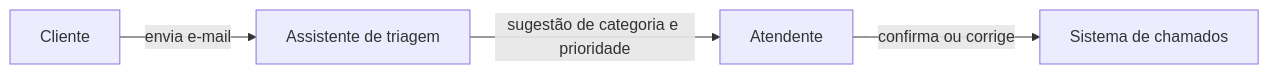
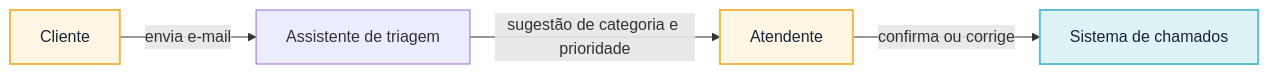
One commit to aulas-marco/arquitetura-solucoes-ia-generativa changed the first of 5 diagrams in docs/modulo-2-desenho-conceitual/conceitos.md. Above: the diagram before and after it, drawn with Mermaid. The commit also changed other lines of this file and 3 other files, not shown here.

First line of the commit message:
Adiciona cores semânticas aos diagramas e explica as seções analíticas do exemplo arquitetural

````diff
--- a/docs/modulo-2-desenho-conceitual/conceitos.md
+++ b/docs/modulo-2-desenho-conceitual/conceitos.md
@@ -64,6 +64,11 @@
 ```mermaid
 flowchart LR
     CL[Cliente] -->|envia e-mail| AS[Assistente de triagem]
     AS -->|sugestão de categoria e prioridade| AT[Atendente]
     AT -->|confirma ou corrige| SC[Sistema de chamados]
+
+    classDef humano fill:#FFF7E3,stroke:#F2B84B,stroke-width:2px,color:#16243A;
+    classDef dados fill:#DDF3F6,stroke:#5FC0D1,stroke-width:2px,color:#16243A;
+    class CL,AT humano;
+    class SC dados;
 ```
````
